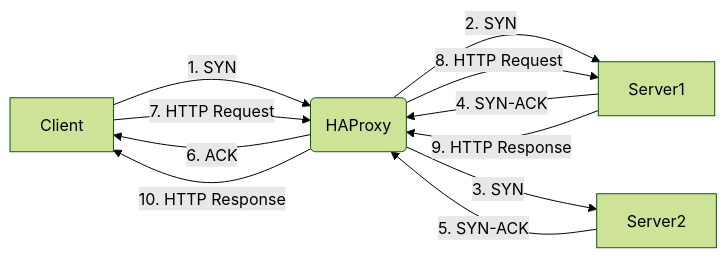
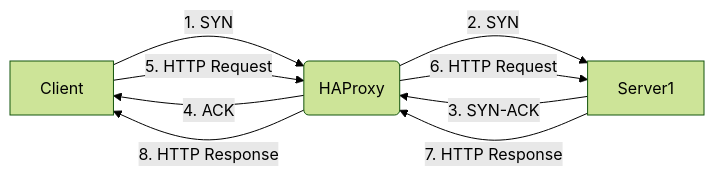
Before and after one commit to emmahone/haproxy-state-machine: the first of 2 diagrams in README.md, drawn with Mermaid (forest theme). The commit also changed other lines of this file, not shown here.

Commit message:
Syntax and flowchart fix

````diff
--- a/README.md
+++ b/README.md
@@ -3,13 +3,11 @@
 ```mermaid
 graph LR;
   A[Client] -->|1. SYN| B(HAProxy);
   B -->|2. SYN| C[Server1];
-  B -->|3. SYN| D[Server2];
-  C -->|4. SYN-ACK| B;
-  D -->|5. SYN-ACK| B;
-  B -->|6. ACK| A;
-  A -->|7. HTTP Request| B;
-  B -->|8. HTTP Request| C;
-  C -->|9. HTTP Response| B;
-  B -->|10. HTTP Response| A;
+  C -->|3. SYN-ACK| B;
+  B -->|4. ACK| A;
+  A -->|5. HTTP Request| B;
+  B -->|6. HTTP Request| C;
+  C -->|7. HTTP Response| B;
+  B -->|8. HTTP Response| A;
 ```
````
